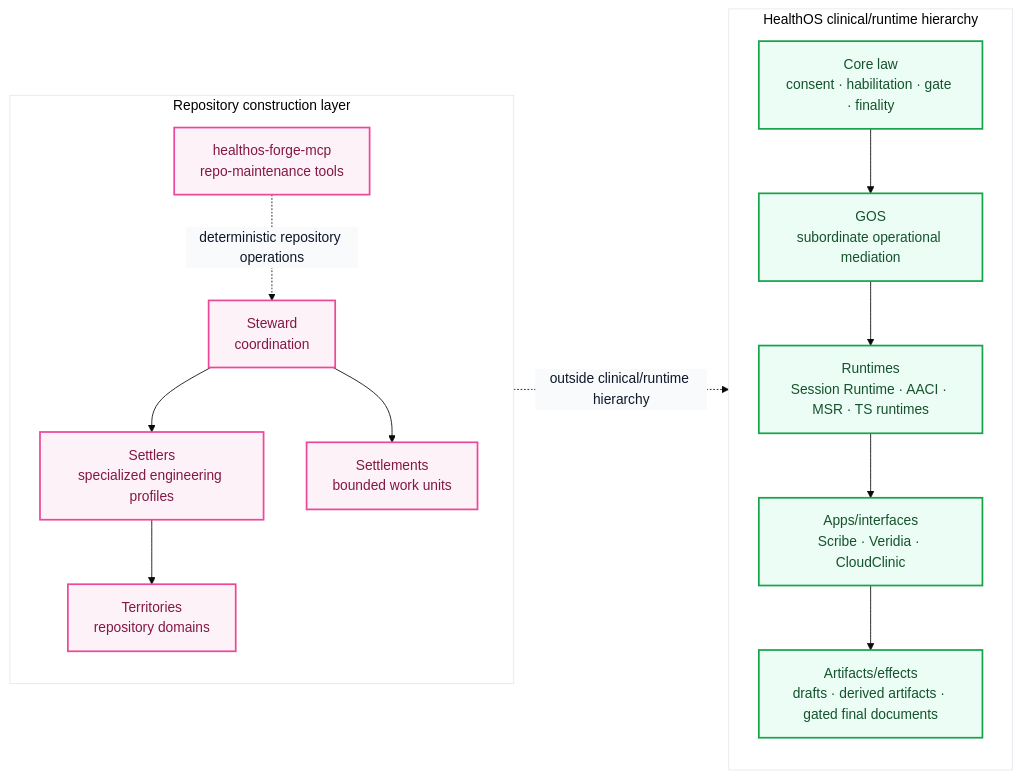
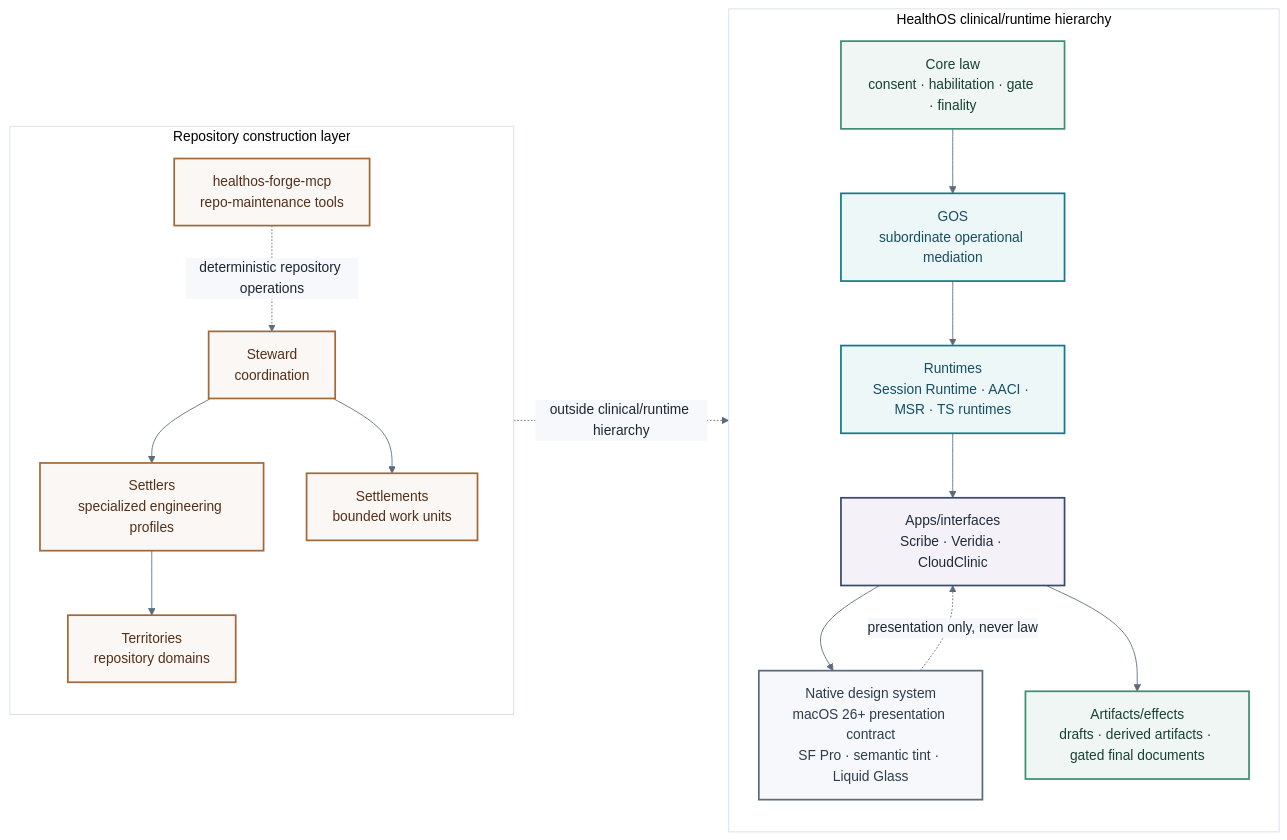
The first of 12 diagrams in README.md (myselfgus/HealthOScaffold), drawn with Mermaid before and after one commit. The commit also changed other lines of this file, not shown here.

Commit message:
docs(readme): align diagrams with design system

````diff
--- a/README.md
+++ b/README.md
@@ -39,30 +39,37 @@
 ```mermaid
-%%{init: {'theme': 'base', 'themeVariables': {'primaryColor': '#f8fafc', 'primaryBorderColor': '#cbd5e1', 'primaryTextColor': '#0f172a', 'clusterBkg': '#ffffff', 'clusterBorder': '#e2e8f0', 'edgeLabelBackground': '#f8fafc', 'fontFamily': 'ui-sans-serif, system-ui, -apple-system'}}}%%
+%%{init: {'theme': 'base', 'themeVariables': {'primaryColor': '#F6F8FB', 'primaryBorderColor': '#D6DEE8', 'primaryTextColor': '#1D2733', 'clusterBkg': '#FFFFFF', 'clusterBorder': '#D6DEE8', 'lineColor': '#5B6B7C', 'edgeLabelBackground': '#F6F8FB', 'fontFamily': 'ui-rounded, -apple-system, BlinkMacSystemFont, sans-serif'}}}%%
 flowchart LR
-    classDef clinical fill:#ecfdf5,stroke:#16a34a,stroke-width:2px,color:#14532d
-    classDef construction fill:#fdf2f8,stroke:#ec4899,stroke-width:2px,color:#831843
-    classDef boundary fill:#f8fafc,stroke:#94a3b8,stroke-width:2px,color:#334155
+    classDef core fill:#F0F6F3,stroke:#3E8E6F,stroke-width:2px,color:#174234
+    classDef runtime fill:#EEF7F8,stroke:#0E7C86,stroke-width:2px,color:#164E63
+    classDef interface fill:#F4F2F8,stroke:#3B4A6B,stroke-width:2px,color:#202A3A
+    classDef design fill:#F6F8FB,stroke:#5B6B7C,stroke-width:2px,color:#2F3C4A
+    classDef construction fill:#FAF7F4,stroke:#A1693A,stroke-width:2px,color:#553018
+    classDef boundary fill:#F2F4F7,stroke:#8793A1,stroke-width:2px,color:#334155
 
     subgraph CLINICAL["HealthOS clinical/runtime hierarchy"]
-        CORE[Core law\nconsent · habilitation · gate · finality]:::clinical
-        GOS[GOS\nsubordinate operational mediation]:::clinical
-        RT[Runtimes\nSession Runtime · AACI · MSR · TS runtimes]:::clinical
-        APP[Apps/interfaces\nScribe · Veridia · CloudClinic]:::clinical
-        ART[Artifacts/effects\ndrafts · derived artifacts · gated final documents]:::clinical
-        CORE --> GOS --> RT --> APP --> ART
+        CORE[Core law\nconsent · habilitation · gate · finality]:::core
+        GOS[GOS\nsubordinate operational mediation]:::runtime
+        RT[Runtimes\nSession Runtime · AACI · MSR · TS runtimes]:::runtime
+        APP[Apps/interfaces\nScribe · Veridia · CloudClinic]:::interface
+        DS[Native design system\nmacOS 26+ presentation contract\nSF Pro · semantic tint · Liquid Glass]:::design
+        ART[Artifacts/effects\ndrafts · derived artifacts · gated final documents]:::core
+        CORE --> GOS --> RT --> APP
+        APP --> DS
+        APP --> ART
     end
 
     subgraph BUILD["Repository construction layer"]
         STEW[Steward\ncoordination]:::construction
         SETT[Settlers\nspecialized engineering profiles]:::construction
         TERR[Territories\nrepository domains]:::construction
         WORK[Settlements\nbounded work units]:::construction
         MCP[healthos-forge-mcp\nrepo-maintenance tools]:::construction
         STEW --> SETT
         SETT --> TERR
         STEW --> WORK
         MCP -. deterministic repository operations .-> STEW
     end
 
     BUILD -. outside clinical/runtime hierarchy .-> CLINICAL
+    DS -. presentation only, never law .-> APP
 ```
````
